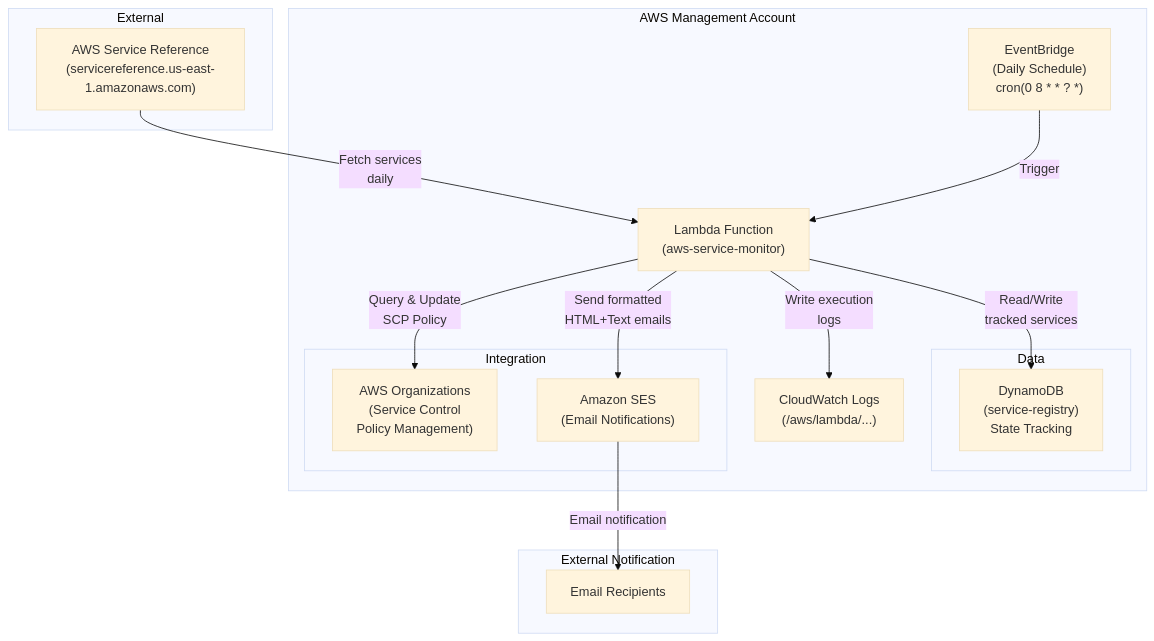
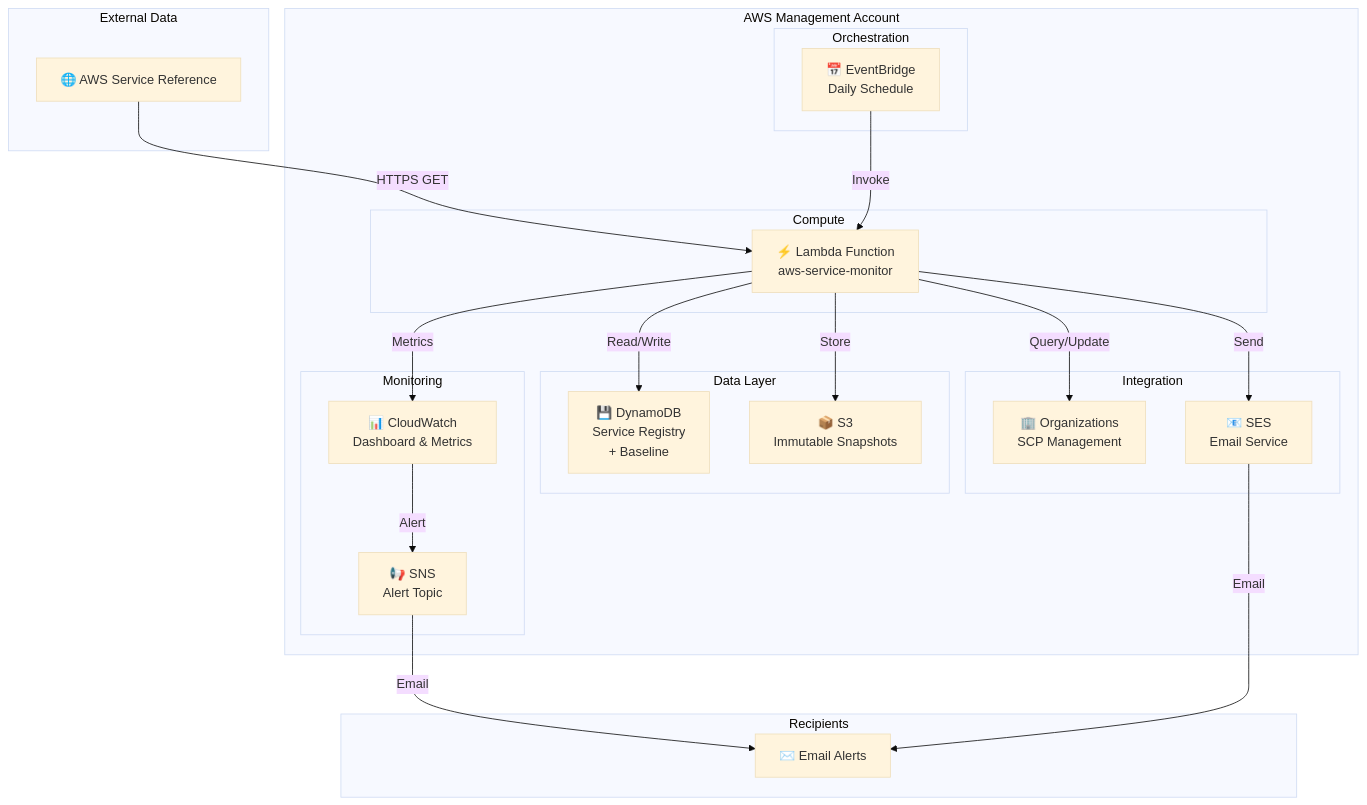
The first of 2 diagrams in README.md (Sidford/aws-new-services), drawn with Mermaid (base theme) before and after one commit. The commit also changed other lines of this file, not shown here.

````diff
--- a/README.md
+++ b/README.md
@@ -16,33 +105,46 @@
 ```mermaid
 graph TB
-    subgraph "External"
-        AWS["AWS Service Reference<br/>(servicereference.us-east-1.amazonaws.com)"]
+    subgraph "External Data"
+        AWS["🌐 AWS Service Reference"]
     end
     
     subgraph "AWS Management Account"
-        EB["EventBridge<br/>(Daily Schedule)<br/>cron(0 8 * * ? *)"]
-        Lambda["Lambda Function<br/>(aws-service-monitor)"]
-        CW["CloudWatch Logs<br/>(/aws/lambda/...)"]
+        subgraph "Orchestration"
+            EB["📅 EventBridge<br/>Daily Schedule"]
+        end
         
-        subgraph "Data"
-            DB["DynamoDB<br/>(service-registry)<br/>State Tracking"]
+        subgraph "Monitoring"
+            CW["📊 CloudWatch<br/>Dashboard & Metrics"]
+            SNS["📢 SNS<br/>Alert Topic"]
+        end
+        
+        subgraph "Compute"
+            Lambda["⚡ Lambda Function<br/>aws-service-monitor"]
+        end
+        
+        subgraph "Data Layer"
+            DDB["💾 DynamoDB<br/>Service Registry<br/>+ Baseline"]
+            S3["📦 S3<br/>Immutable Snapshots"]
         end
         
         subgraph "Integration"
-            ORG["AWS Organizations<br/>(Service Control<br/>Policy Management)"]
-            SES["Amazon SES<br/>(Email Notifications)"]
+            ORG["🏢 Organizations<br/>SCP Management"]
+            SES["📧 SES<br/>Email Service"]
         end
     end
     
-    subgraph "External Notification"
-        EMAIL["Email Recipients"]
+    subgraph "Recipients"
+        EMAIL["✉️ Email Alerts"]
     end
     
-    AWS -->|"Fetch services<br/>daily"| Lambda
-    EB -->|"Trigger"| Lambda
-    Lambda -->|"Read/Write<br/>tracked services"| DB
-    Lambda -->|"Query & Update<br/>SCP Policy"| ORG
-    Lambda -->|"Send formatted<br/>HTML+Text emails"| SES
-    Lambda -->|"Write execution<br/>logs"| CW
-    SES -->|"Email notification"| EMAIL
+    AWS -->|HTTPS GET| Lambda
+    EB -->|Invoke| Lambda
+    Lambda -->|Read/Write| DDB
+    Lambda -->|Store| S3
+    Lambda -->|Query/Update| ORG
+    Lambda -->|Metrics| CW
+    Lambda -->|Send| SES
+    CW -->|Alert| SNS
+    SNS -->|Email| EMAIL
+    SES -->|Email| EMAIL
 ```
````
